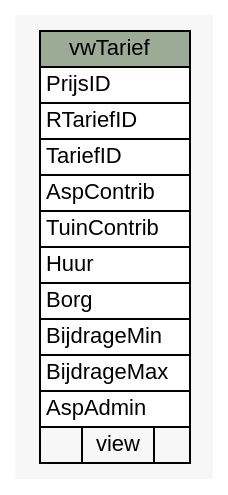
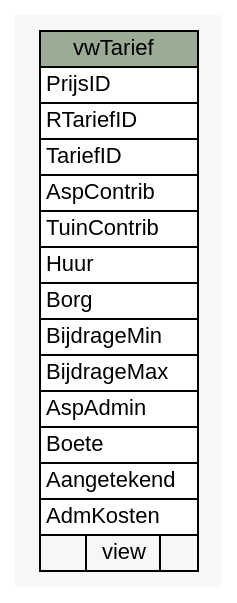
One commit to slspeek/ona-volkstuin changed the diagram in db-schema-docs/diagrams/summary/vwTarief.1degree.dot. Above: the diagram before and after it, drawn with Graphviz. The commit also changed 239 other files, not shown here.

Commit message:
Schema geupdate

```diff
--- a/db-schema-docs/diagrams/summary/vwTarief.1degree.dot
+++ b/db-schema-docs/diagrams/summary/vwTarief.1degree.dot
@@ -1,39 +1,42 @@
 // dot 2.40.1 on Linux 4.19.0-6-amd64
 // SchemaSpy rev 590
 digraph "vwTarief" {
   graph [
     rankdir="RL"
     bgcolor="#f7f7f7"
     nodesep="0.18"
     ranksep="0.46"
     fontname="Helvetica"
     fontsize="11"
   ];
   node [
     fontname="Helvetica"
     fontsize="11"
     shape="plaintext"
   ];
   edge [
     arrowsize="0.8"
   ];
   "vwTarief" [
     label=<
     <TABLE BORDER="0" CELLBORDER="1" CELLSPACING="0" BGCOLOR="#ffffff">
       <TR><TD COLSPAN="3" BGCOLOR="#9bab96" ALIGN="CENTER">vwTarief</TD></TR>
       <TR><TD PORT="PrijsID" COLSPAN="3" ALIGN="LEFT">PrijsID</TD></TR>
       <TR><TD PORT="RTariefID" COLSPAN="3" ALIGN="LEFT">RTariefID</TD></TR>
       <TR><TD PORT="TariefID" COLSPAN="3" ALIGN="LEFT">TariefID</TD></TR>
       <TR><TD PORT="AspContrib" COLSPAN="3" ALIGN="LEFT">AspContrib</TD></TR>
       <TR><TD PORT="TuinContrib" COLSPAN="3" ALIGN="LEFT">TuinContrib</TD></TR>
       <TR><TD PORT="Huur" COLSPAN="3" ALIGN="LEFT">Huur</TD></TR>
       <TR><TD PORT="Borg" COLSPAN="3" ALIGN="LEFT">Borg</TD></TR>
       <TR><TD PORT="BijdrageMin" COLSPAN="3" ALIGN="LEFT">BijdrageMin</TD></TR>
       <TR><TD PORT="BijdrageMax" COLSPAN="3" ALIGN="LEFT">BijdrageMax</TD></TR>
       <TR><TD PORT="AspAdmin" COLSPAN="3" ALIGN="LEFT">AspAdmin</TD></TR>
+      <TR><TD PORT="Boete" COLSPAN="3" ALIGN="LEFT">Boete</TD></TR>
+      <TR><TD PORT="Aangetekend" COLSPAN="3" ALIGN="LEFT">Aangetekend</TD></TR>
+      <TR><TD PORT="AdmKosten" COLSPAN="3" ALIGN="LEFT">AdmKosten</TD></TR>
       <TR><TD ALIGN="LEFT" BGCOLOR="#f7f7f7">  </TD><TD ALIGN="RIGHT" BGCOLOR="#f7f7f7">view</TD><TD ALIGN="RIGHT" BGCOLOR="#f7f7f7">  </TD></TR>
     </TABLE>>
     URL="tables/vwTarief.html"
     tooltip="vwTarief"
   ];
 }
```
